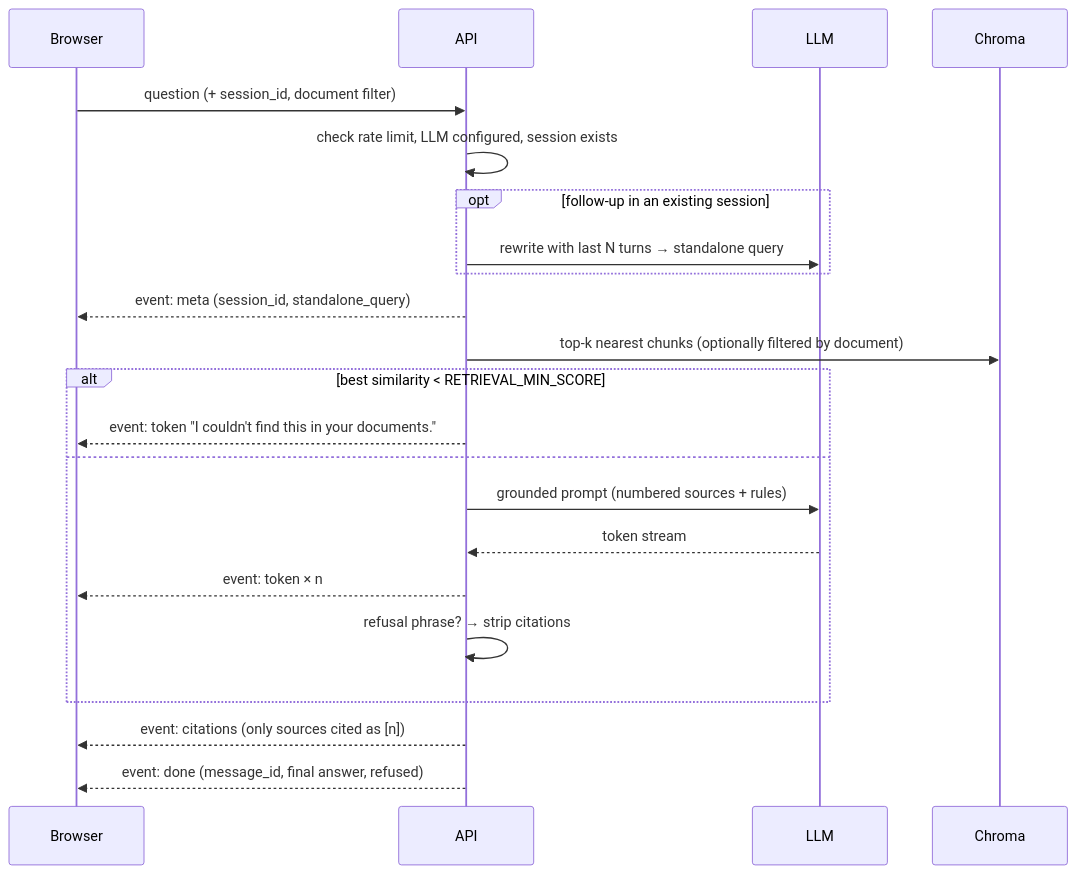
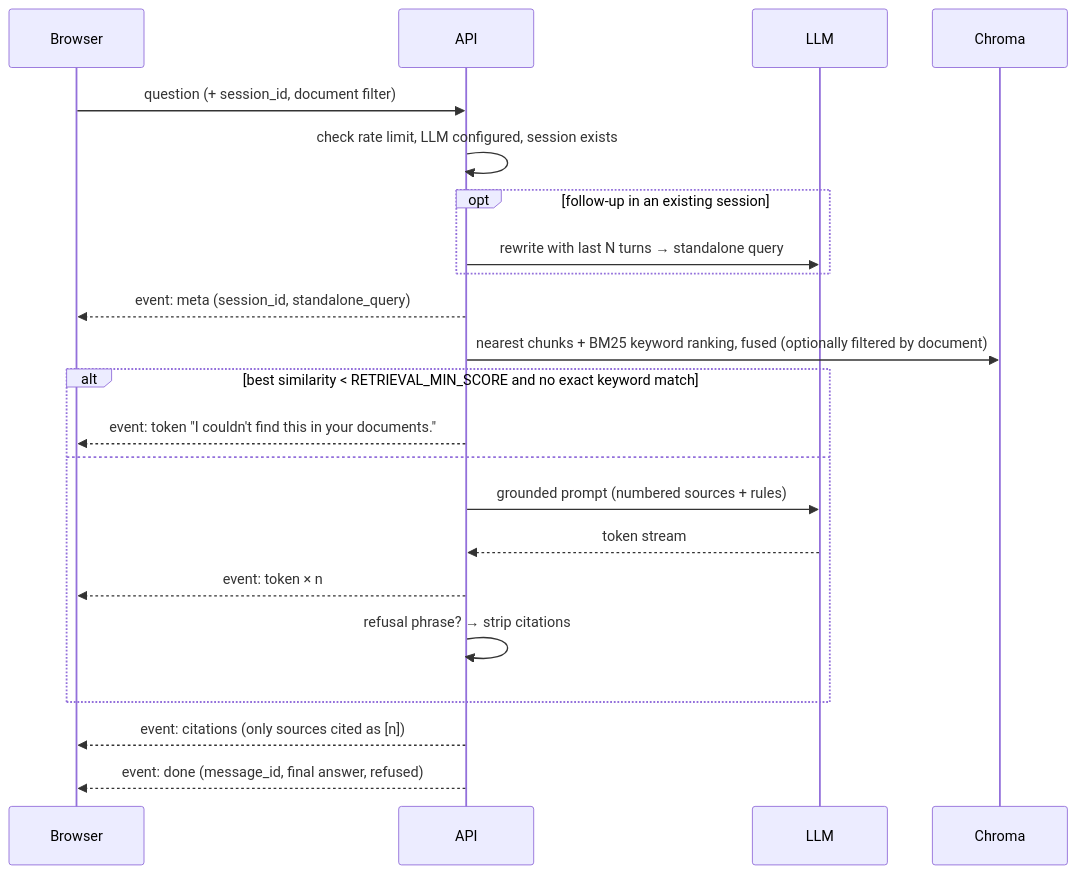
One commit to dtgdheerajkashyap-droid/documind changed the third of 3 diagrams in README.md. Above: the diagram before and after it, drawn with Mermaid. The commit also changed other lines of this file and 12 other files, not shown here.

First line of the commit message:
Hybrid keyword + section-aware retrieval for lab manuals

````diff
--- a/README.md
+++ b/README.md
@@ -143,24 +149,24 @@
 ```mermaid
 sequenceDiagram
     participant U as Browser
     participant A as API
     participant L as LLM
     participant V as Chroma
     U->>A: question (+ session_id, document filter)
     A->>A: check rate limit, LLM configured, session exists
     opt follow-up in an existing session
         A->>L: rewrite with last N turns → standalone query
     end
     A-->>U: event: meta (session_id, standalone_query)
-    A->>V: top-k nearest chunks (optionally filtered by document)
-    alt best similarity < RETRIEVAL_MIN_SCORE
+    A->>V: nearest chunks + BM25 keyword ranking, fused (optionally filtered by document)
+    alt best similarity < RETRIEVAL_MIN_SCORE and no exact keyword match
         A-->>U: event: token "I couldn't find this in your documents."
     else
         A->>L: grounded prompt (numbered sources + rules)
         L-->>A: token stream
         A-->>U: event: token × n
         A->>A: refusal phrase? → strip citations
     end
     A-->>U: event: citations (only sources cited as [n])
     A-->>U: event: done (message_id, final answer, refused)
 ```
````
